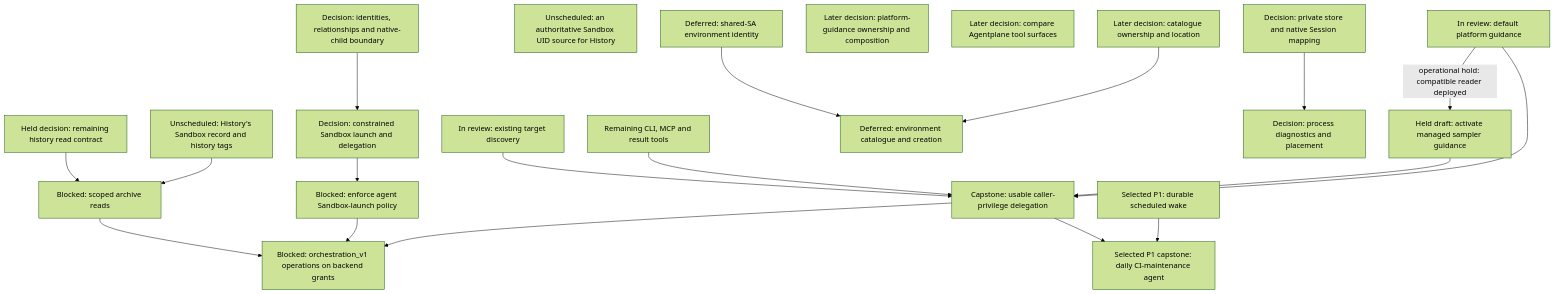
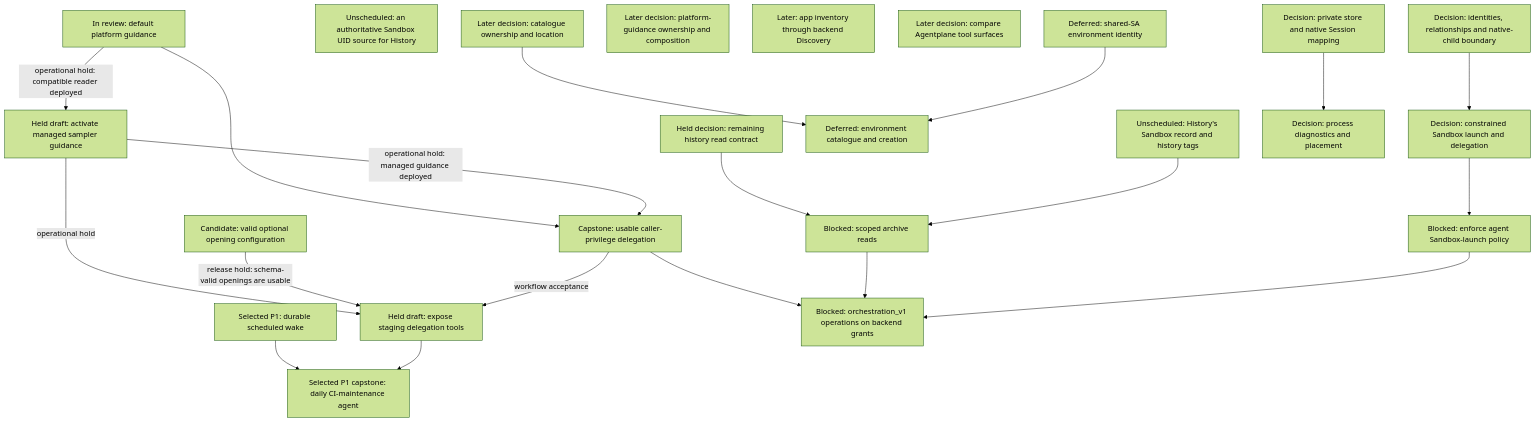
The fourth of 18 diagrams in agentplane/plans/task_dag.md (agentydragon/ducktape), drawn with Mermaid (forest theme) before and after one commit. The commit also changed other lines of this file and 1 other file, not shown here.

Commit message:
docs(agentplane): burn down merged delegation and Runtime work

````diff
--- a/agentplane/plans/task_dag.md
+++ b/agentplane/plans/task_dag.md
@@ -431,42 +463,44 @@
 ```mermaid
 flowchart TD
     MULTIAGENT_MODEL[Decision: identities, relationships and native-child boundary]
     THREAD_READ_POLICY_DESIGN[Held decision: remaining history read contract]
     HISTORY_SANDBOX_RECORD[Unscheduled: History's Sandbox record and history tags]
     THREAD_READ_POLICY[Blocked: scoped archive reads]
     HISTORY_SANDBOX_ASSOCIATION_SOURCE[Unscheduled: an authoritative Sandbox UID source for History]
     SESSION_PLATFORM_GUIDANCE[In review: default platform guidance]
     SESSION_PLATFORM_GUIDANCE_ACTIVATION[Held draft: activate managed sampler guidance]
     PLATFORM_GUIDANCE_OWNERSHIP_DESIGN[Later decision: platform-guidance ownership and composition]
-    SESSION_TARGET_DISCOVERY[In review: existing target discovery]
-    SESSION_DELEGATION_TOOLS[Remaining CLI, MCP and result tools]
+    SESSION_OPEN_CONFIGURATION[Candidate: valid optional opening configuration]
+    SESSION_DELEGATION_ACTIVATION[Held draft: expose staging delegation tools]
+    APP_ENVIRONMENT_DISCOVERY[Later: app inventory through backend Discovery]
     SESSION_TOOL_SURFACE_CONVERGENCE_DESIGN[Later decision: compare Agentplane tool surfaces]
     ENVIRONMENT_SHARED_ACCOUNT[Deferred: shared-SA environment identity]
     ENVIRONMENT_TEMPLATE_CATALOGUE_DESIGN[Later decision: catalogue ownership and location]
     ENVIRONMENT_MANAGEMENT[Deferred: environment catalogue and creation]
     THREAD_CREATE_AUTHORIZATION[Capstone: usable caller-privilege delegation]
     AGENT_LAUNCH_POLICY_DESIGN[Decision: constrained Sandbox launch and delegation]
     AGENT_SANDBOX_LAUNCH[Blocked: enforce agent Sandbox-launch policy]
     MULTIAGENT_MODEL --> AGENT_LAUNCH_POLICY_DESIGN
     THREAD_READ_POLICY_DESIGN --> THREAD_READ_POLICY
     HISTORY_SANDBOX_RECORD --> THREAD_READ_POLICY
     SESSION_PLATFORM_GUIDANCE --> THREAD_CREATE_AUTHORIZATION
     SESSION_PLATFORM_GUIDANCE -->|operational hold: compatible reader deployed| SESSION_PLATFORM_GUIDANCE_ACTIVATION
-    SESSION_PLATFORM_GUIDANCE_ACTIVATION --> THREAD_CREATE_AUTHORIZATION
-    SESSION_TARGET_DISCOVERY --> THREAD_CREATE_AUTHORIZATION
-    SESSION_DELEGATION_TOOLS --> THREAD_CREATE_AUTHORIZATION
+    SESSION_PLATFORM_GUIDANCE_ACTIVATION -->|operational hold: managed guidance deployed| THREAD_CREATE_AUTHORIZATION
+    SESSION_PLATFORM_GUIDANCE_ACTIVATION -->|operational hold| SESSION_DELEGATION_ACTIVATION
+    SESSION_OPEN_CONFIGURATION -->|release hold: schema-valid openings are usable| SESSION_DELEGATION_ACTIVATION
+    THREAD_CREATE_AUTHORIZATION -->|workflow acceptance| SESSION_DELEGATION_ACTIVATION
     ENVIRONMENT_TEMPLATE_CATALOGUE_DESIGN --> ENVIRONMENT_MANAGEMENT
     ENVIRONMENT_SHARED_ACCOUNT --> ENVIRONMENT_MANAGEMENT
     SCHEDULED_AGENT_WAKE[Selected P1: durable scheduled wake]
     DAILY_CI_AGENT[Selected P1 capstone: daily CI-maintenance agent]
     SCHEDULED_AGENT_WAKE --> DAILY_CI_AGENT
-    THREAD_CREATE_AUTHORIZATION --> DAILY_CI_AGENT
+    SESSION_DELEGATION_ACTIVATION --> DAILY_CI_AGENT
     AGENT_LAUNCH_POLICY_DESIGN --> AGENT_SANDBOX_LAUNCH
     ORCHESTRATION_V1_BACKEND_GRANTS[Blocked: orchestration_v1 operations on backend grants]
     THREAD_CREATE_AUTHORIZATION --> ORCHESTRATION_V1_BACKEND_GRANTS
     THREAD_READ_POLICY --> ORCHESTRATION_V1_BACKEND_GRANTS
     AGENT_SANDBOX_LAUNCH --> ORCHESTRATION_V1_BACKEND_GRANTS
     RUNNER_HARNESS_OBJECTS_DESIGN[Decision: process diagnostics and placement]
     HARNESS_IDENTITY_DESIGN[Decision: private store and native Session mapping]
     HARNESS_IDENTITY_DESIGN --> RUNNER_HARNESS_OBJECTS_DESIGN
 ```
````
